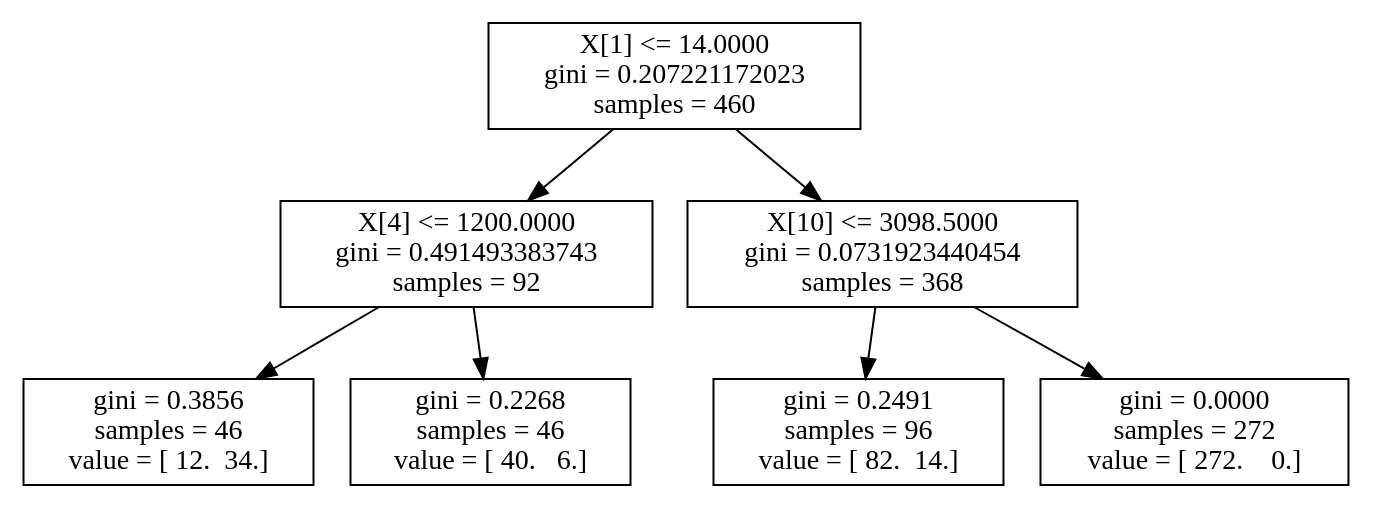
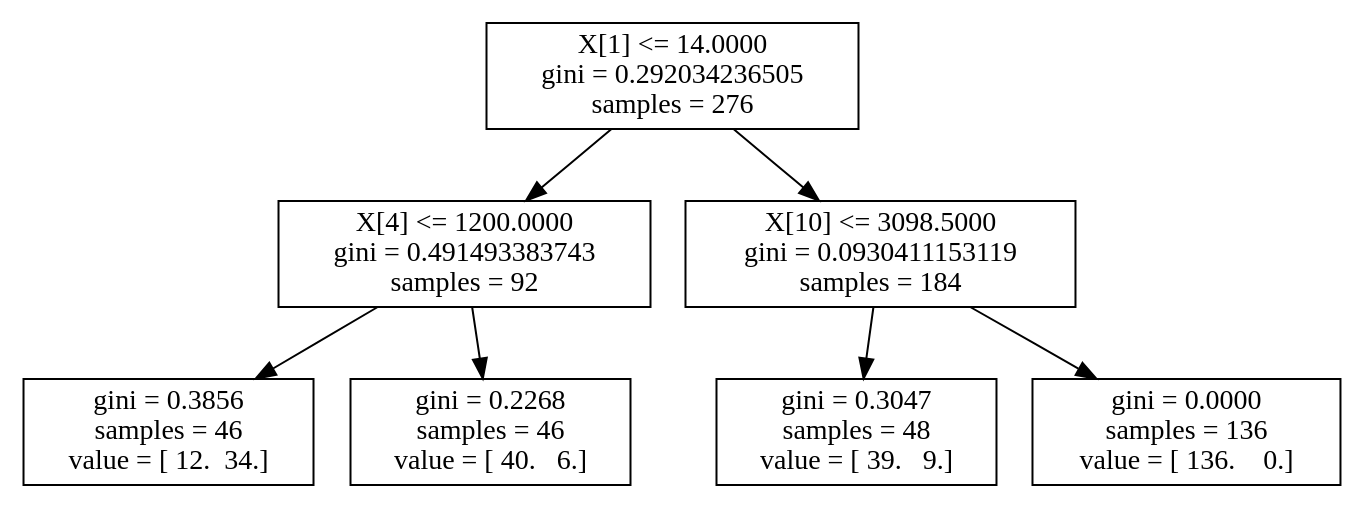
Before and after one commit to ctuning/reproduce-ck-paper-large-experiments: the diagram in script/reproduce-hog-modeling/t628-third-set-of-features-depth2/model-sklearn-dtc.modelx.dot, drawn with Graphviz. The commit also changed 924 other files, not shown here.

Commit message:
new experiments, graphs and predictive models for run-time adaptation; predictive scheduling and active learning

```diff
--- a/script/reproduce-hog-modeling/t628-third-set-of-features-depth2/model-sklearn-dtc.modelx.dot
+++ b/script/reproduce-hog-modeling/t628-third-set-of-features-depth2/model-sklearn-dtc.modelx.dot
@@ -1,15 +1,15 @@
 digraph Tree {
-0 [label="X[1] <= 14.0000\ngini = 0.207221172023\nsamples = 460", shape="box"] ;
+0 [label="X[1] <= 14.0000\ngini = 0.292034236505\nsamples = 276", shape="box"] ;
 1 [label="X[4] <= 1200.0000\ngini = 0.491493383743\nsamples = 92", shape="box"] ;
 0 -> 1 ;
 2 [label="gini = 0.3856\nsamples = 46\nvalue = [ 12.  34.]", shape="box"] ;
 1 -> 2 ;
 3 [label="gini = 0.2268\nsamples = 46\nvalue = [ 40.   6.]", shape="box"] ;
 1 -> 3 ;
-4 [label="X[10] <= 3098.5000\ngini = 0.0731923440454\nsamples = 368", shape="box"] ;
+4 [label="X[10] <= 3098.5000\ngini = 0.0930411153119\nsamples = 184", shape="box"] ;
 0 -> 4 ;
-5 [label="gini = 0.2491\nsamples = 96\nvalue = [ 82.  14.]", shape="box"] ;
+5 [label="gini = 0.3047\nsamples = 48\nvalue = [ 39.   9.]", shape="box"] ;
 4 -> 5 ;
-6 [label="gini = 0.0000\nsamples = 272\nvalue = [ 272.    0.]", shape="box"] ;
+6 [label="gini = 0.0000\nsamples = 136\nvalue = [ 136.    0.]", shape="box"] ;
 4 -> 6 ;
 }
```
